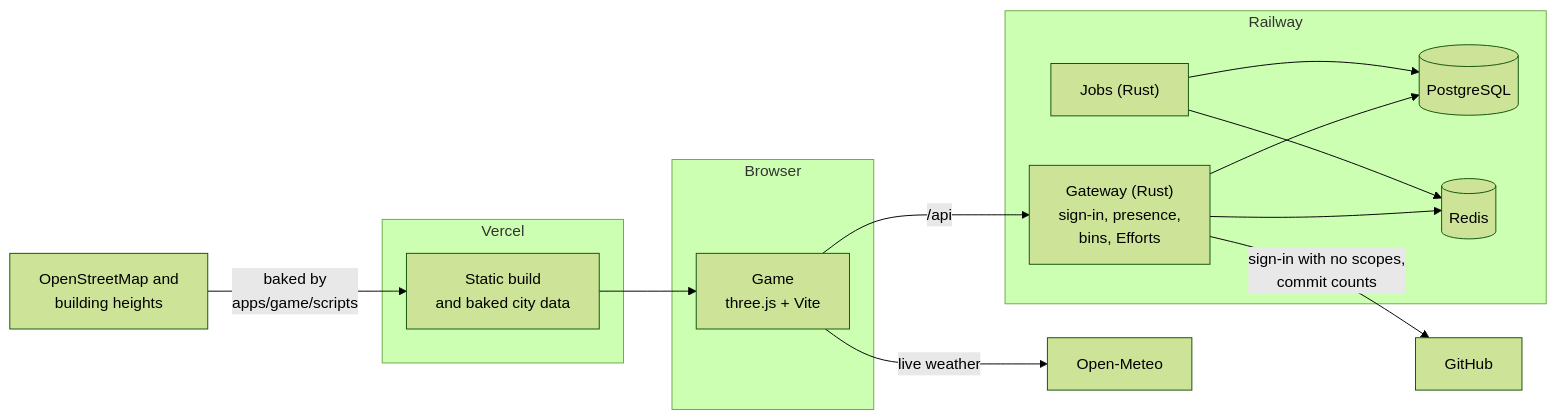
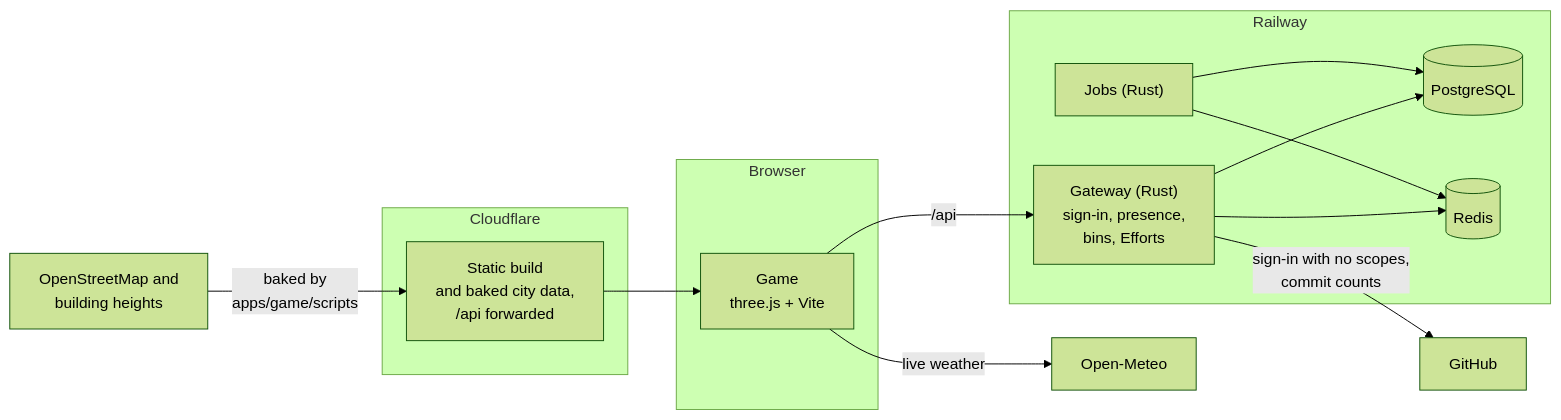
Before and after one commit to builders-world/builders-world: the diagram in README.md, drawn with Mermaid (forest theme). The commit also changed other lines of this file and 12 other files, not shown here.

First line of the commit message:
Move the game from Vercel to Cloudflare Workers (free plan) (#38)

````diff
--- a/README.md
+++ b/README.md
@@ -253,24 +253,24 @@
 ```mermaid
 flowchart LR
   subgraph Browser
     G["Game<br/>three.js + Vite"]
   end
-  subgraph Vercel
-    S["Static build<br/>and baked city data"]
+  subgraph Cloudflare
+    S["Static build<br/>and baked city data,<br/>/api forwarded"]
   end
   subgraph Railway
     GW["Gateway (Rust)<br/>sign-in, presence,<br/>bins, Efforts"]
     J["Jobs (Rust)"]
     PG[("PostgreSQL")]
     R[("Redis")]
   end
   OSM["OpenStreetMap and<br/>building heights"] -- "baked by<br/>apps/game/scripts" --> S
   S --> G
   G -- "/api" --> GW
   GW --> PG
   GW --> R
   J --> PG
   J --> R
   GW -- "sign-in with no scopes,<br/>commit counts" --> GH["GitHub"]
   G -- "live weather" --> OM["Open-Meteo"]
 ```
````
